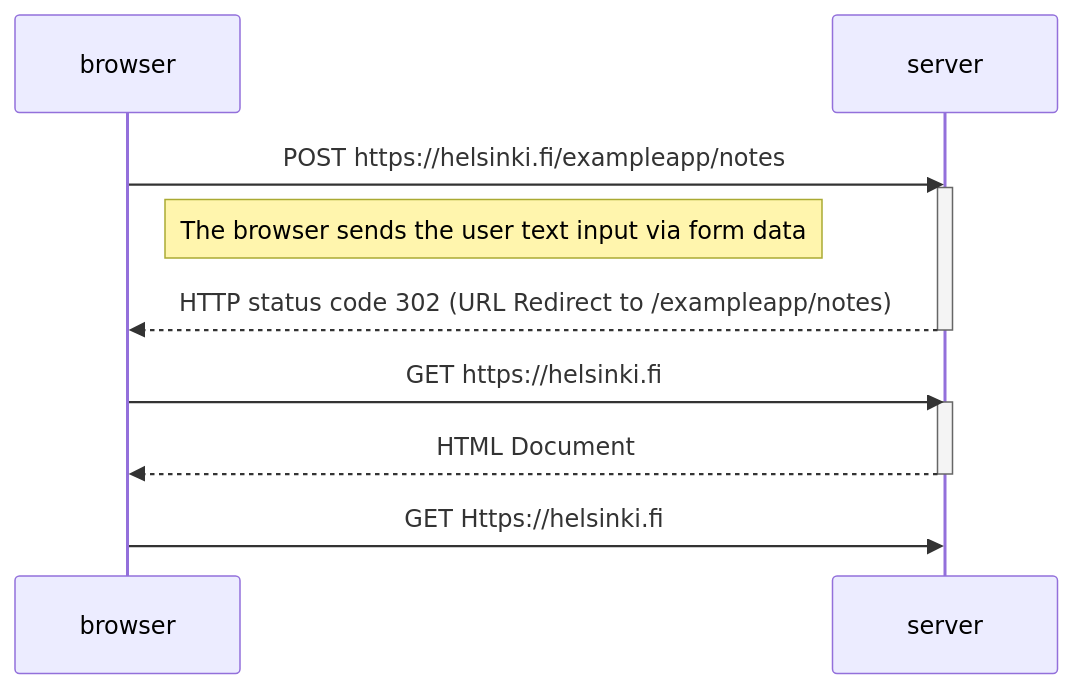
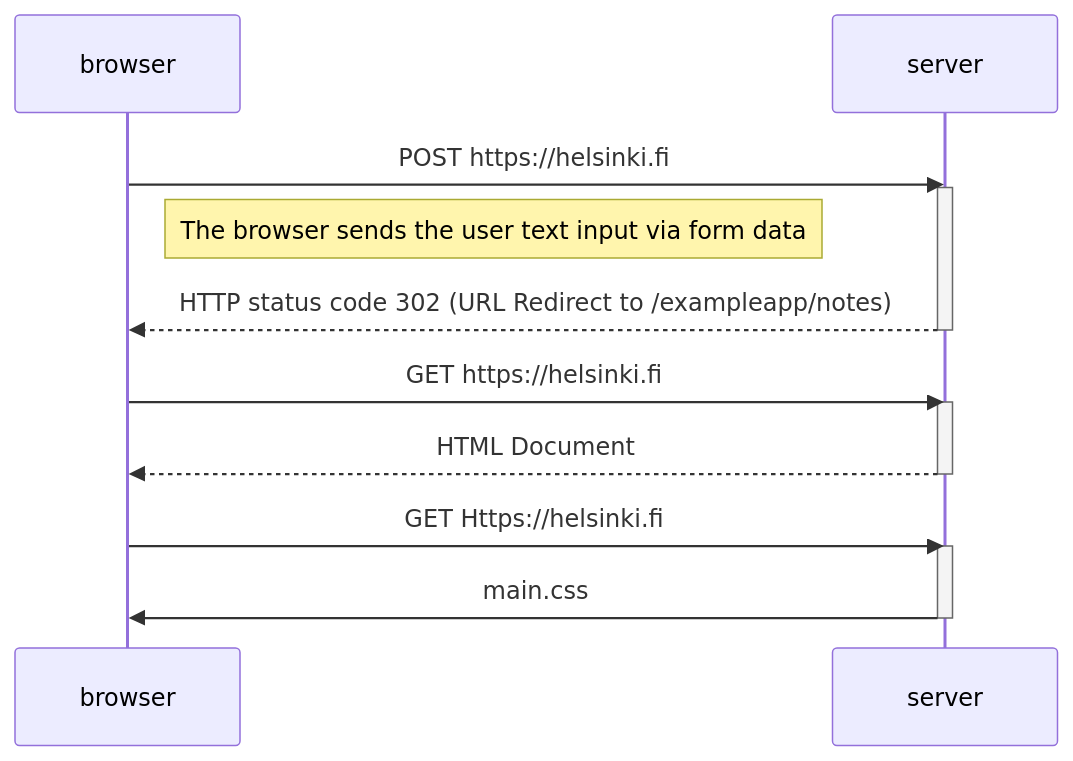
The diagram in part0/0.4.md (gokuman86/fullstackopen), drawn with Mermaid before and after one commit.

````diff
--- a/part0/0.4.md
+++ b/part0/0.4.md
@@ -1,21 +1,24 @@
 ```mermaid
 sequenceDiagram
   participant browser
   participant server
 
   %% 1. The User Submits a New Note
-  browser->>server: POST https://helsinki.fi/exampleapp/notes
+  browser->>server: POST https://helsinki.fi
   activate server
   note right of browser: The browser sends the user text input via form data
   server-->>browser: HTTP status code 302 (URL Redirect to /exampleapp/notes)
   deactivate server
 
   %% 2. Browser Reloads the Notes Page
   browser->>server: GET https://helsinki.fi
   activate server
   server-->>browser: HTML Document
   deactivate server
 
   %% 3. Browser Fetches The Stylesheet
   browser->>server: GET Https://helsinki.fi
+  activate server
+  server->>browser: main.css
+  deactivate server
 ```
````
